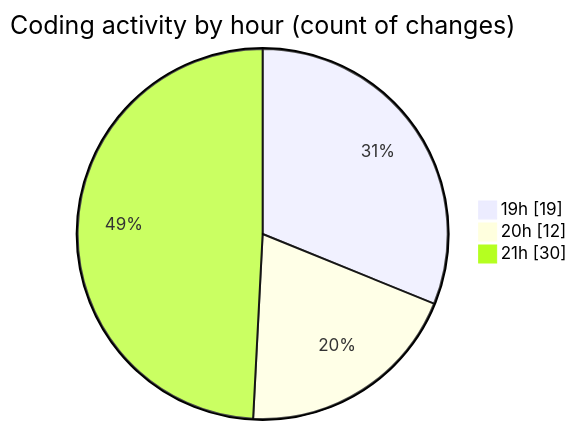
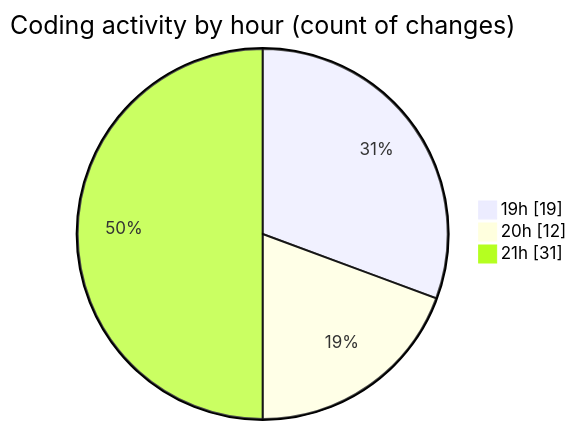
One commit to lephambinh05/code-tracking changed the second of 2 diagrams in 2025-07-28/quanlyrapchieuphim-2/README.md. Above: the diagram before and after it, drawn with Mermaid. The commit also changed other lines of this file and 1 other file, not shown here.

````diff
--- a/2025-07-28/quanlyrapchieuphim-2/README.md
+++ b/2025-07-28/quanlyrapchieuphim-2/README.md
@@ -52,7 +52,7 @@
 ```mermaid
 pie showData
 title Coding activity by hour (count of changes)
 "19h" : 19
 "20h" : 12
-"21h" : 30
+"21h" : 31
 ```
````
